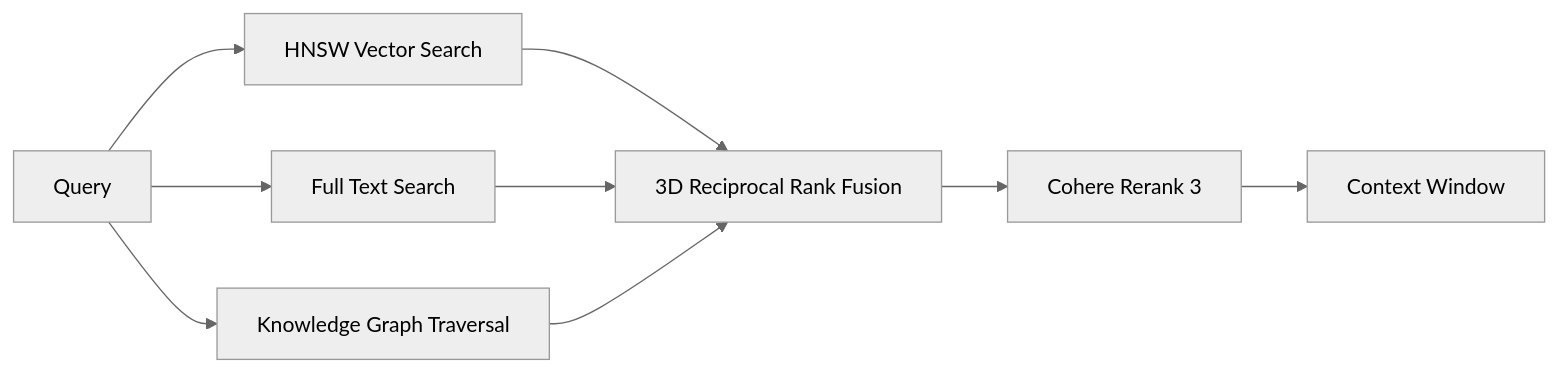
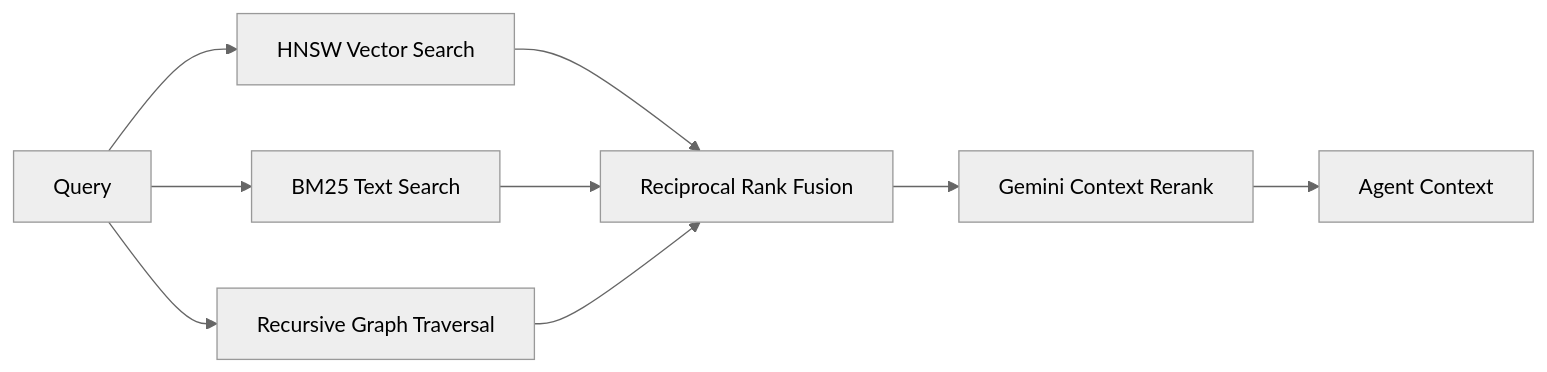
One commit to Ayush-kathil/cura-assistant-RAG changed the second of 2 diagrams in README.md. Above: the diagram before and after it, drawn with Mermaid (neutral theme). The commit also changed other lines of this file and 31 other files, not shown here.

````diff
--- a/README.md
+++ b/README.md
@@ -37,10 +36,10 @@
 ```mermaid
 graph LR
     Query --> Vector[HNSW Vector Search]
-    Query --> BM25[Full Text Search]
-    Query --> Graph[Knowledge Graph Traversal]
-    Vector --> RRF[3D Reciprocal Rank Fusion]
+    Query --> BM25[BM25 Text Search]
+    Query --> Graph[Recursive Graph Traversal]
+    Vector --> RRF[Reciprocal Rank Fusion]
     BM25 --> RRF
     Graph --> RRF
-    RRF --> Rerank[Cohere Rerank 3] --> Final[Context Window]
+    RRF --> Rerank[Gemini Context Rerank] --> Final[Agent Context]
 ```
````
